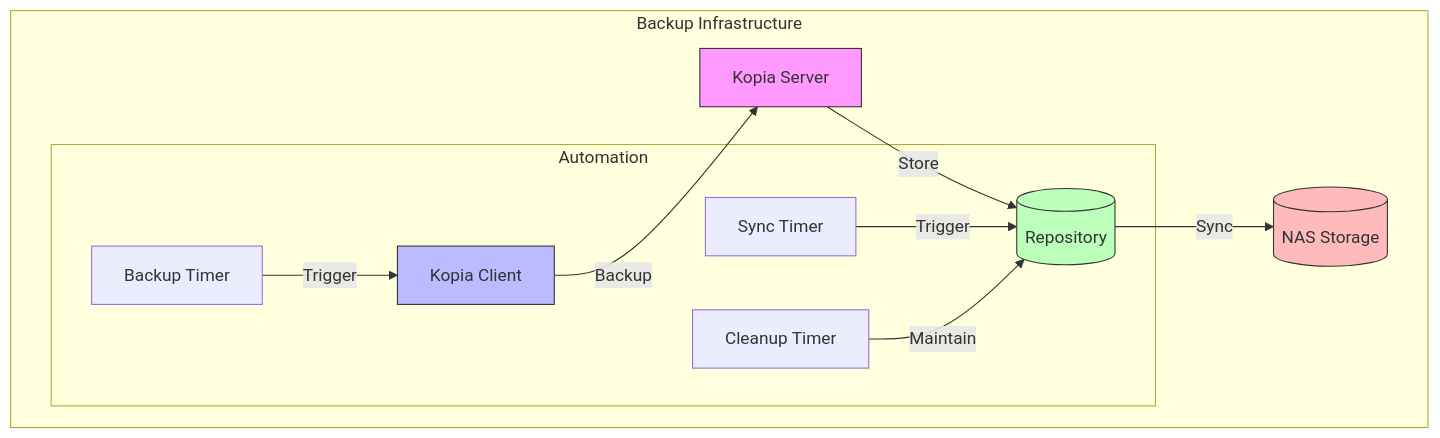
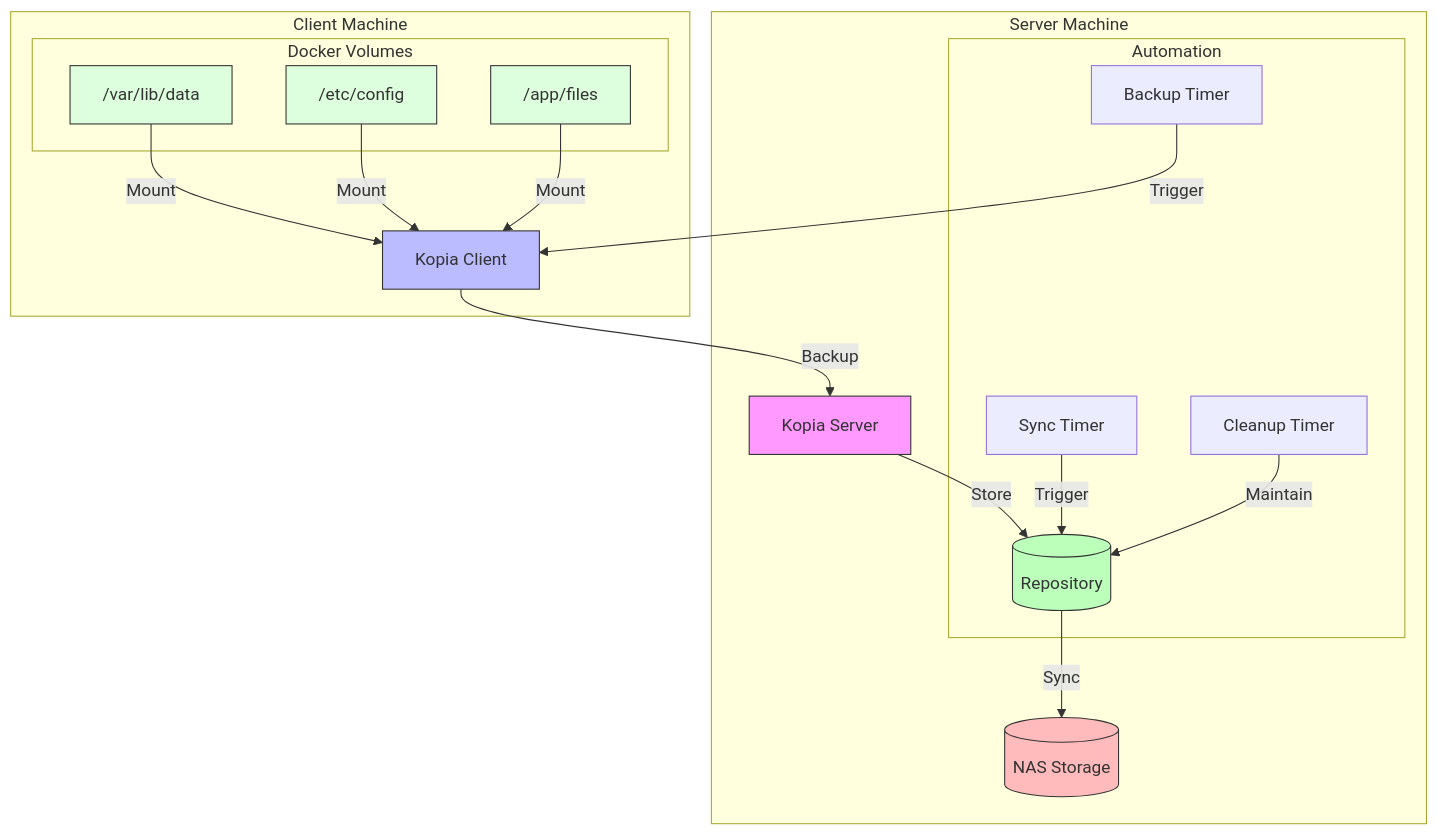
Before and after one commit to eblet/kopia-backup-run: the diagram in README.md, drawn with Mermaid.

Commit message:
edit graph

````diff
--- a/README.md
+++ b/README.md
@@ -14,19 +14,34 @@
 ```mermaid
 graph TB
-    subgraph "Backup Infrastructure"
-        C[Kopia Client] -->|Backup| S[Kopia Server]
+    subgraph "Client Machine"
+        V1["/var/lib/data"] -->|Mount| C
+        V2["/etc/config"] -->|Mount| C
+        V3["/app/files"] -->|Mount| C
+        subgraph "Docker Volumes"
+            V1
+            V2
+            V3
+        end
+        C[Kopia Client]
+    end
+
+    subgraph "Server Machine"
+        C -->|Backup| S[Kopia Server]
         S -->|Store| R[(Repository)]
         R -->|Sync| N[(NAS Storage)]
         
         subgraph "Automation"
             T1[Backup Timer] -->|Trigger| C
             T2[Sync Timer] -->|Trigger| R
             T3[Cleanup Timer] -->|Maintain| R
         end
     end
 
     style S fill:#f9f,stroke:#333
     style C fill:#bbf,stroke:#333
     style R fill:#bfb,stroke:#333
     style N fill:#fbb,stroke:#333
+    style V1 fill:#dfd,stroke:#333
+    style V2 fill:#dfd,stroke:#333
+    style V3 fill:#dfd,stroke:#333
 ```
````
